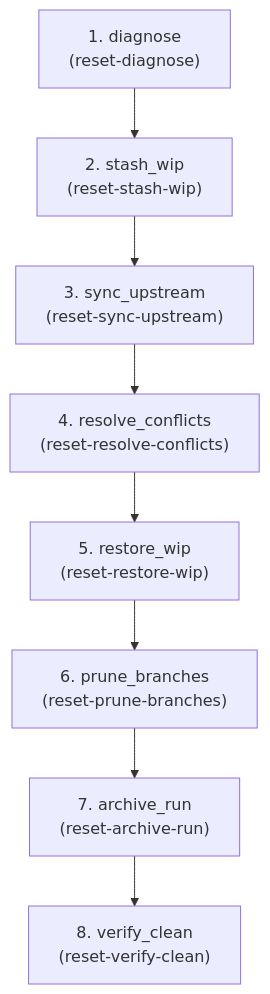
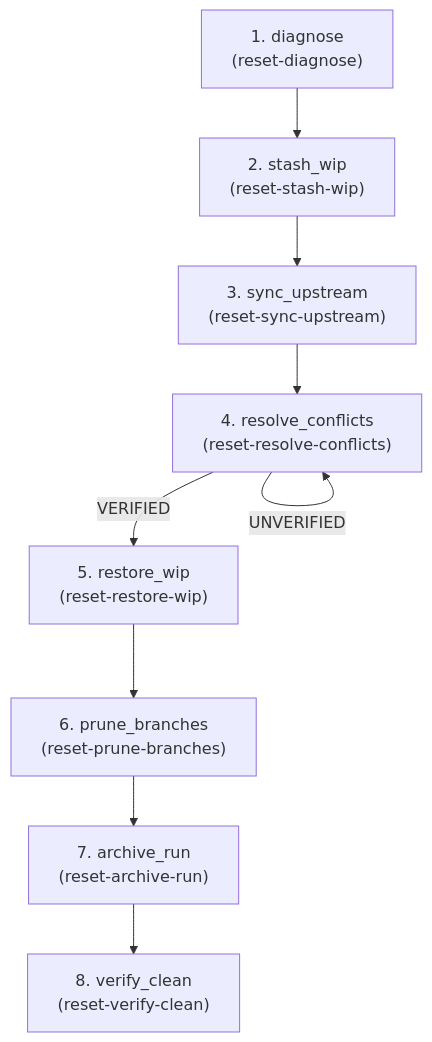
Before and after one commit to EffortlessMetrics/flow-studio-swarm: the diagram in swarm/flows/flow-reset.md, drawn with Mermaid. The commit also changed other lines of this file and 8 other files, not shown here.

````diff
--- a/swarm/flows/flow-reset.md
+++ b/swarm/flows/flow-reset.md
@@ -139,18 +139,20 @@
 ```mermaid
 graph TD
   reset_diagnose["1. diagnose\n(reset-diagnose)"]
   reset_stash_wip["2. stash_wip\n(reset-stash-wip)"]
   reset_sync_upstream["3. sync_upstream\n(reset-sync-upstream)"]
   reset_resolve_conflicts["4. resolve_conflicts\n(reset-resolve-conflicts)"]
   reset_restore_wip["5. restore_wip\n(reset-restore-wip)"]
   reset_prune_branches["6. prune_branches\n(reset-prune-branches)"]
   reset_archive_run["7. archive_run\n(reset-archive-run)"]
   reset_verify_clean["8. verify_clean\n(reset-verify-clean)"]
+
   reset_diagnose --> reset_stash_wip
   reset_stash_wip --> reset_sync_upstream
   reset_sync_upstream --> reset_resolve_conflicts
-  reset_resolve_conflicts --> reset_restore_wip
+  reset_resolve_conflicts -->|VERIFIED| reset_restore_wip
+  reset_resolve_conflicts -->|UNVERIFIED| reset_resolve_conflicts
   reset_restore_wip --> reset_prune_branches
   reset_prune_branches --> reset_archive_run
   reset_archive_run --> reset_verify_clean
 ```
````
